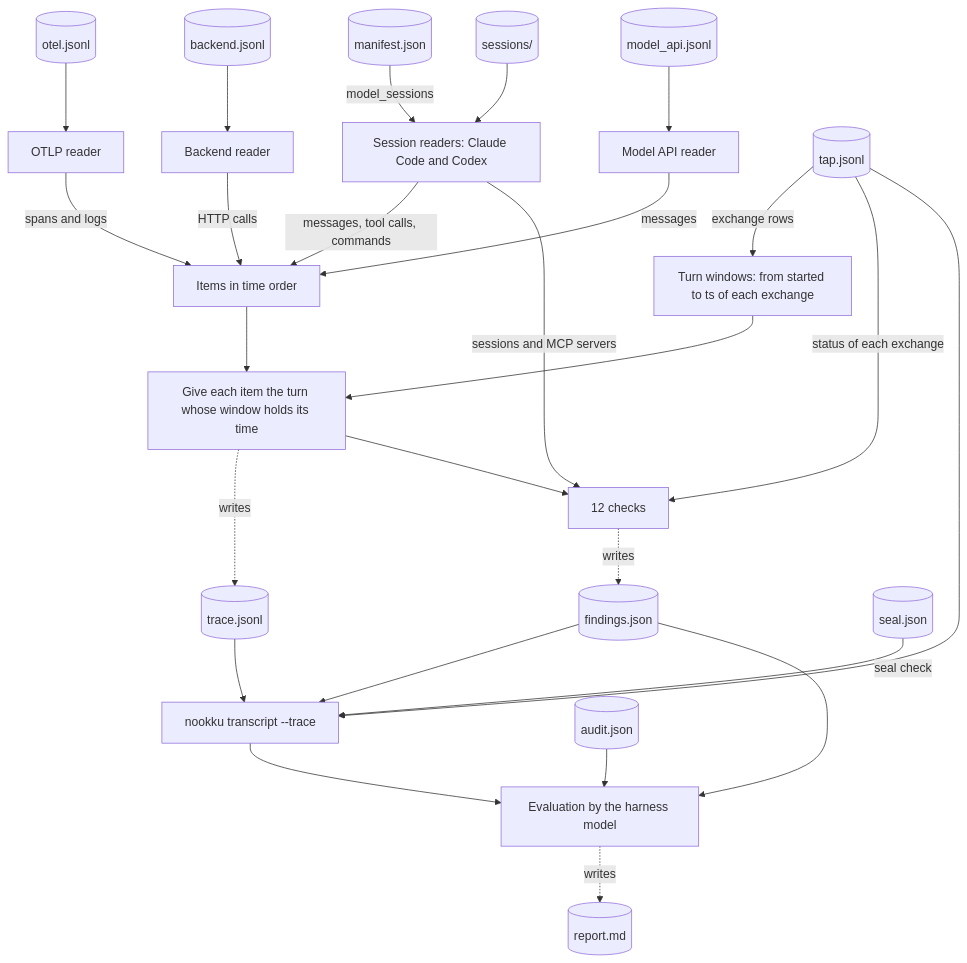
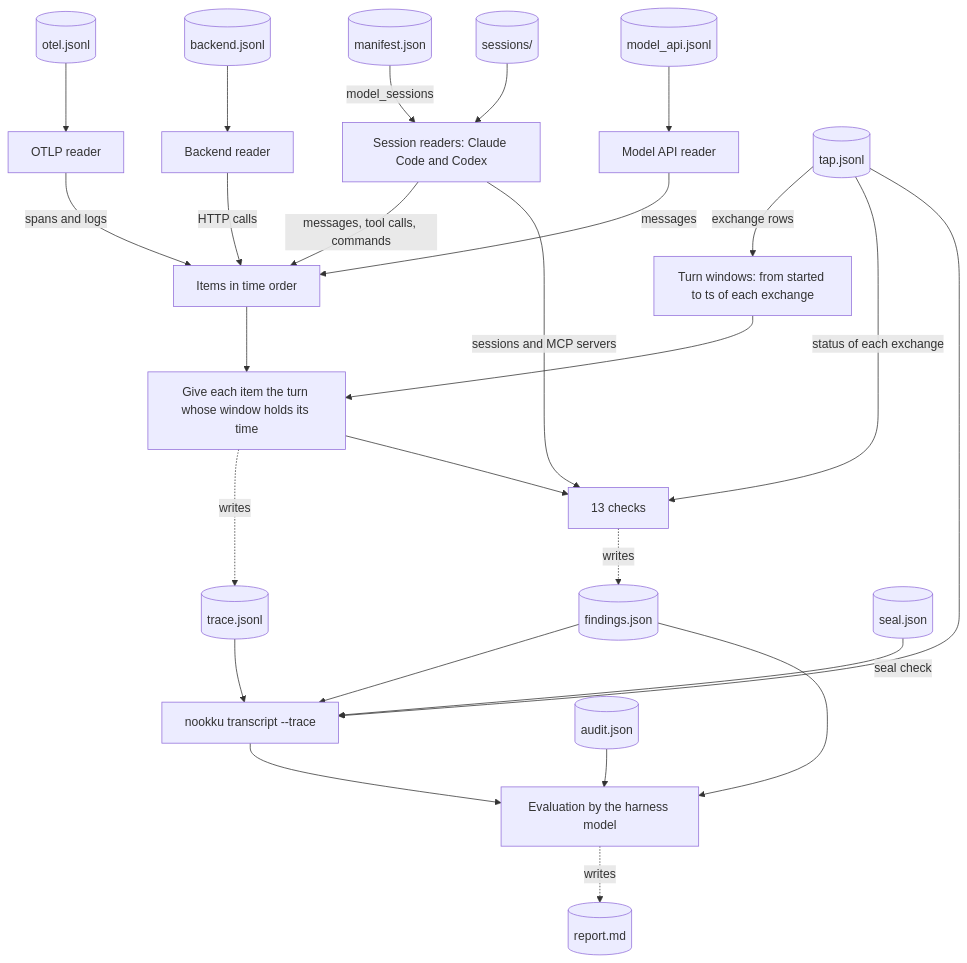
Before and after one commit to mohanraj00/nookku: the fourth of 4 diagrams in docs/architecture.md, drawn with Mermaid. The commit also changed other lines of this file and 45 other files, not shown here.

````diff
--- a/docs/architecture.md
+++ b/docs/architecture.md
@@ -207,28 +207,28 @@
 ```mermaid
 flowchart TB
     manifestrec[(manifest.json)] -->|model_sessions| sreaders[Session readers: Claude Code and Codex]
     sessions[(sessions/)] --> sreaders
     otelrec[(otel.jsonl)] --> oreader[OTLP reader]
     backendrec[(backend.jsonl)] --> breader[Backend reader]
     modelrec[(model_api.jsonl)] --> mreader[Model API reader]
     sreaders -->|messages, tool calls, commands| items[Items in time order]
     oreader -->|spans and logs| items
     breader -->|HTTP calls| items
     mreader -->|messages| items
     taprec[(tap.jsonl)] -->|exchange rows| windows[Turn windows: from started to ts of each exchange]
     items --> assign[Give each item the turn whose window holds its time]
     windows --> assign
     assign -.->|writes| tracerec[(trace.jsonl)]
-    assign --> checks[12 checks]
+    assign --> checks[13 checks]
     sreaders -->|sessions and MCP servers| checks
     taprec -->|status of each exchange| checks
     checks -.->|writes| findingsrec[(findings.json)]
     taprec --> transcript[nookku transcript --trace]
     tracerec --> transcript
     findingsrec --> transcript
     sealrec[(seal.json)] -->|seal check| transcript
     transcript --> eval[Evaluation by the harness model]
     findingsrec --> eval
     auditrec[(audit.json)] --> eval
     eval -.->|writes| report[(report.md)]
 ```
````
